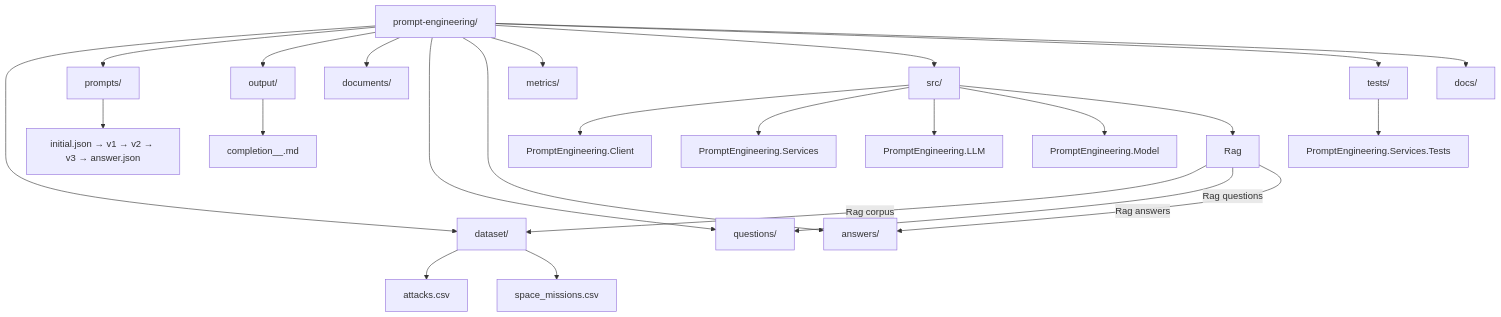
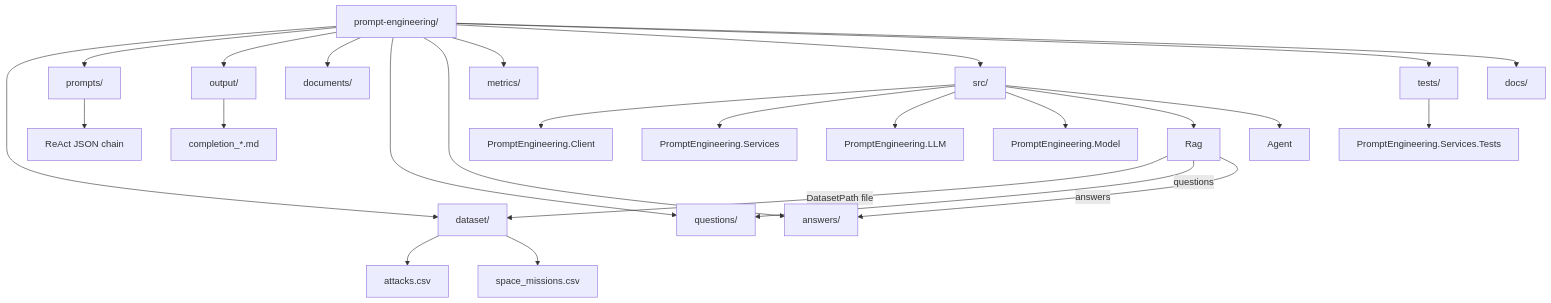
One commit to AntonRyzhkou1988/prompt-engineering changed the diagram in docs/repository-structure.md. Above: the diagram before and after it, drawn with Mermaid. The commit also changed other lines of this file and 17 other files, not shown here.

````diff
--- a/docs/repository-structure.md
+++ b/docs/repository-structure.md
@@ -41,34 +45,35 @@
 ```mermaid
 graph TD
     ROOT["prompt-engineering/"]
 
     ROOT --> DATASET["dataset/"]
     ROOT --> PROMPTS["prompts/"]
     ROOT --> OUTPUT["output/"]
-    ROOT --> DOCS["documents/"]
+    ROOT --> EXTRA_CORPUS["documents/"]
     ROOT --> QUESTIONS["questions/"]
     ROOT --> ANSWERS["answers/"]
     ROOT --> METRICS["metrics/"]
     ROOT --> SRC["src/"]
     ROOT --> TESTS["tests/"]
-    ROOT --> DOCSSET["docs/"]
+    ROOT --> DOCSROOT["docs/"]
 
     DATASET --> DS_ATTACK["attacks.csv"]
     DATASET --> DS_SPACE["space_missions.csv"]
 
-    PROMPTS --> P_SEQ["initial.json → v1 → v2 → v3 → answer.json"]
+    PROMPTS --> P_SEQ["ReAct JSON chain"]
 
-    OUTPUT --> OUT_FILE["completion_<stem>_<timestamp>.md"]
+    OUTPUT --> OUT_FILE["completion_*.md"]
 
     SRC --> CLIENT["PromptEngineering.Client"]
     SRC --> SERVICES["PromptEngineering.Services"]
     SRC --> LLM["PromptEngineering.LLM"]
     SRC --> MODEL["PromptEngineering.Model"]
     SRC --> RAG["Rag"]
+    SRC --> AGENT["Agent"]
 
-    RAG -->|"Rag corpus"| DATASET
-    RAG -->|"Rag questions"| QUESTIONS
-    RAG -->|"Rag answers"| ANSWERS
+    RAG -->|"DatasetPath file"| DATASET
+    RAG -->|"questions"| QUESTIONS
+    RAG -->|"answers"| ANSWERS
 
     TESTS --> TEST_PROJ["PromptEngineering.Services.Tests"]
 ```
````
